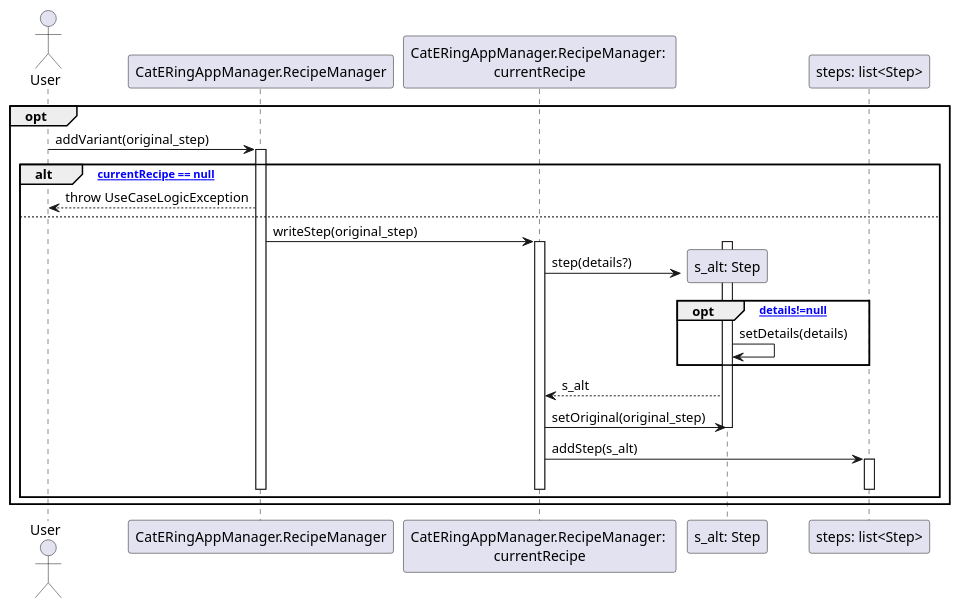
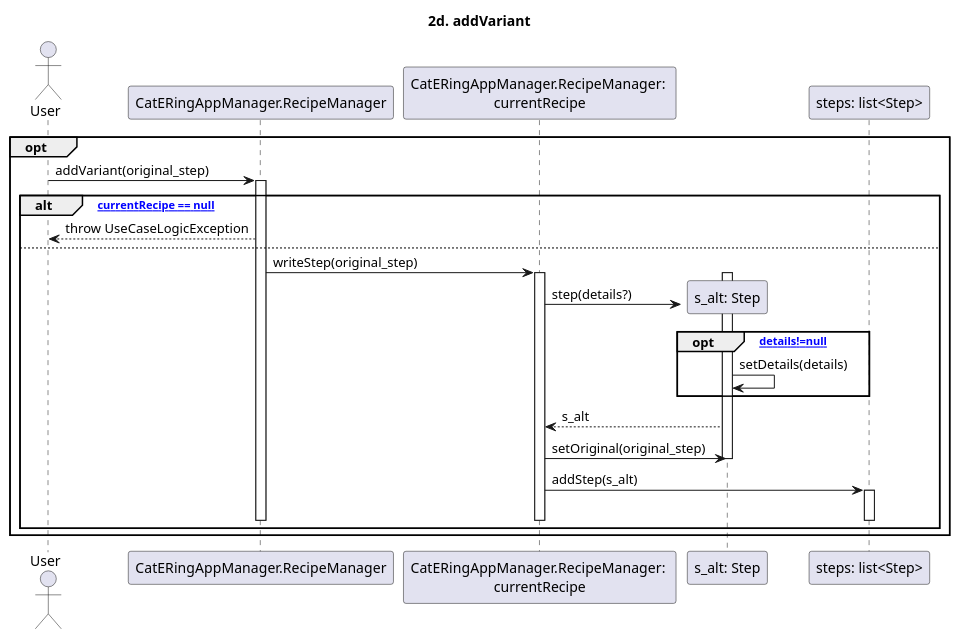
One commit to m0canu1/sas changed the diagram in dsd/dsd-ricette/estensioni/2d-addVariant.md. Above: the diagram before and after it, drawn with PlantUML. The commit also changed 15 other files, not shown here.

````diff
--- a/dsd/dsd-ricette/estensioni/2d-addVariant.md
+++ b/dsd/dsd-ricette/estensioni/2d-addVariant.md
@@ -1,36 +1,39 @@
 ```plantuml
+
+title: 2d. addVariant
+
 Actor User
 Participant "CatERingAppManager.RecipeManager" as RM 
 Participant "CatERingAppManager.RecipeManager: \ncurrentRecipe" as CR
 
 
 opt
 	User -> RM: addVariant(original_step)
 	Activate RM
 
 	alt ["currentRecipe == null"]
         RM --> User: throw UseCaseLogicException
     else
     	RM -> CR: writeStep(original_step)
     	Activate CR
 
     	create "s_alt: Step"
     	Activate "s_alt: Step"
             CR -> "s_alt: Step": step(details?)
 
         	opt ["details!=null"]
         		"s_alt: Step" -> "s_alt: Step": setDetails(details)
         	end
         	"s_alt: Step" --> CR: s_alt
             CR -> "s_alt: Step": setOriginal(original_step)
         Deactivate "s_alt: Step"
 
         CR -> "steps: list<Step>": addStep(s_alt)
         Activate "steps: list<Step>"
         Deactivate "steps: list<Step>"
 
     	Deactivate CR
     	Deactivate RM
    	end
 end
 ```
````
